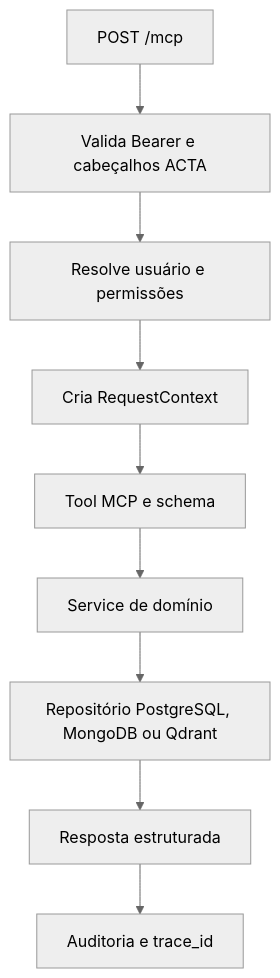
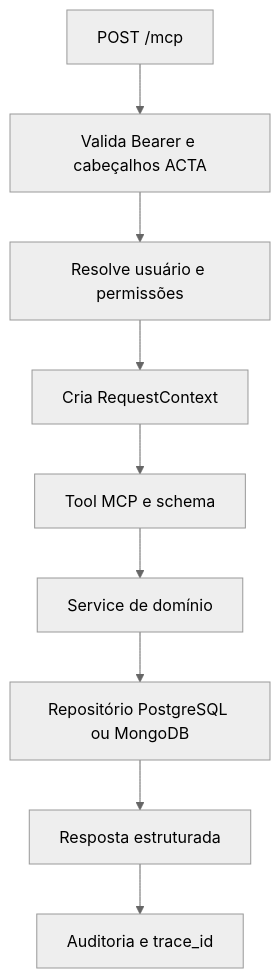
One commit to AppActa/acta-mcp changed the diagram in docs/architecture.md. Above: the diagram before and after it, drawn with Mermaid (neutral theme). The commit also changed other lines of this file and 57 other files, not shown here.

````diff
--- a/docs/architecture.md
+++ b/docs/architecture.md
@@ -20,11 +20,11 @@
 ```mermaid
 flowchart TD
     A[POST /mcp] --> B[Valida Bearer e cabeçalhos ACTA]
     B --> C[Resolve usuário e permissões]
     C --> D[Cria RequestContext]
     D --> E[Tool MCP e schema]
     E --> F[Service de domínio]
-    F --> G[Repositório PostgreSQL, MongoDB ou Qdrant]
+    F --> G[Repositório PostgreSQL ou MongoDB]
     G --> H[Resposta estruturada]
     H --> I[Auditoria e trace_id]
 ```
````
